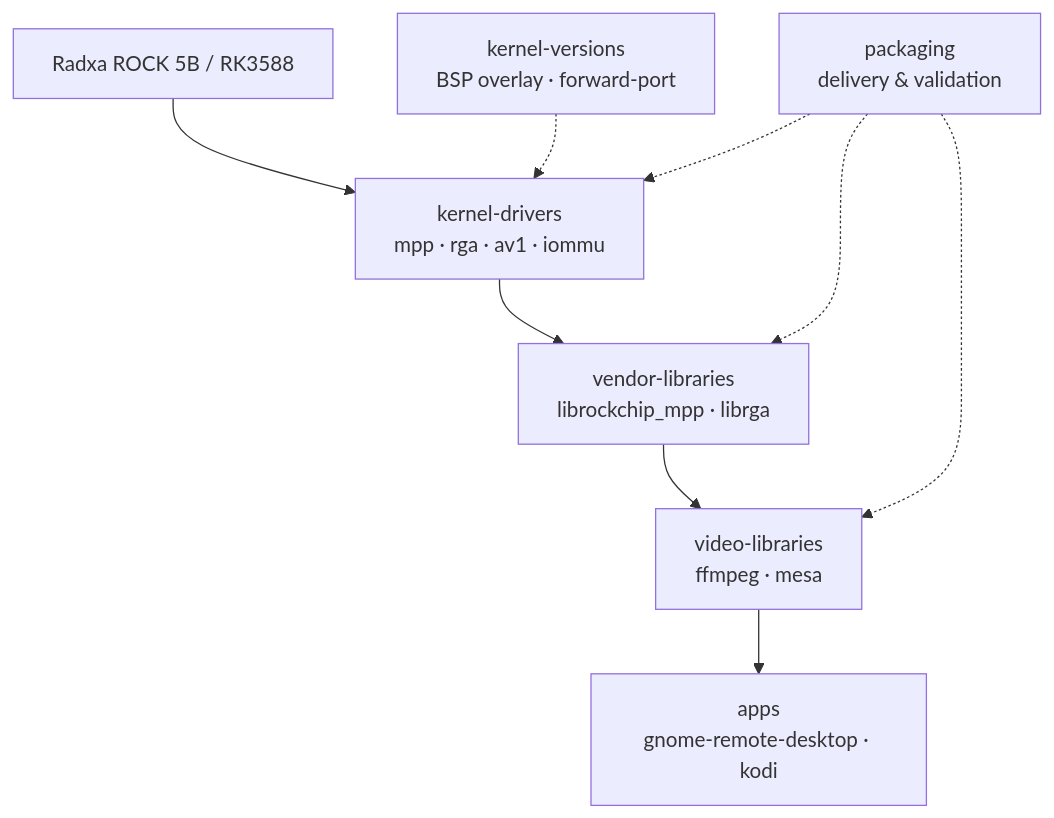
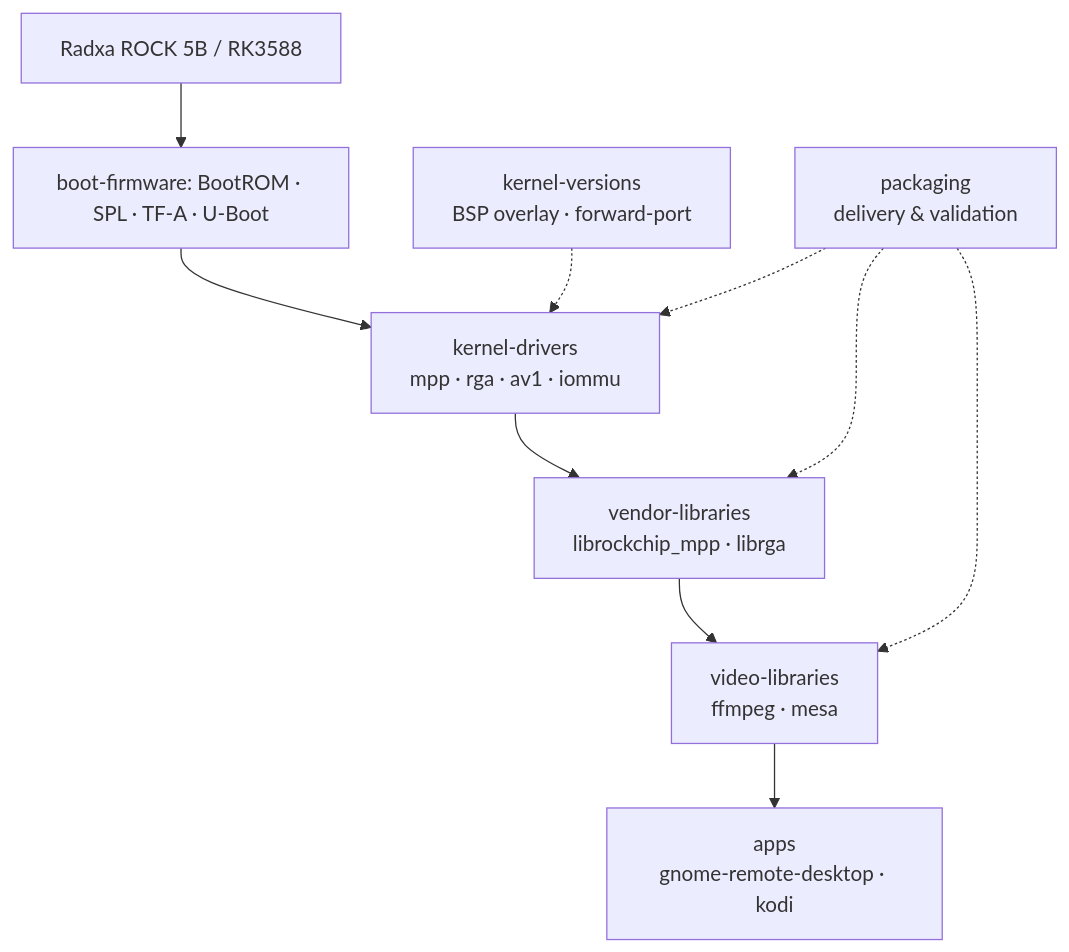
Before and after one commit to yisding/rock-5b-ysp: the diagram in README.md, drawn with Mermaid. The commit also changed other lines of this file and 17 other files, not shown here.

Commit message:
Document ROCK 5B U-Boot architecture

````diff
--- a/README.md
+++ b/README.md
@@ -57,17 +58,18 @@
 ```mermaid
 flowchart TB
   board["Radxa ROCK 5B / RK3588"]
+  boot["boot-firmware: BootROM · SPL · TF-A · U-Boot"]
   kver["kernel-versions<br/>BSP overlay · forward-port"]
   kernel["kernel-drivers<br/>mpp · rga · av1 · iommu"]
   libs["vendor-libraries<br/>librockchip_mpp · librga"]
   video["video-libraries<br/>ffmpeg · mesa"]
   apps["apps<br/>gnome-remote-desktop · kodi"]
   packaging["packaging<br/>delivery & validation"]
 
-  board --> kernel
+  board --> boot --> kernel
   kver -.-> kernel
   kernel --> libs --> video --> apps
   packaging -.-> kernel
   packaging -.-> libs
   packaging -.-> video
 ```
````
